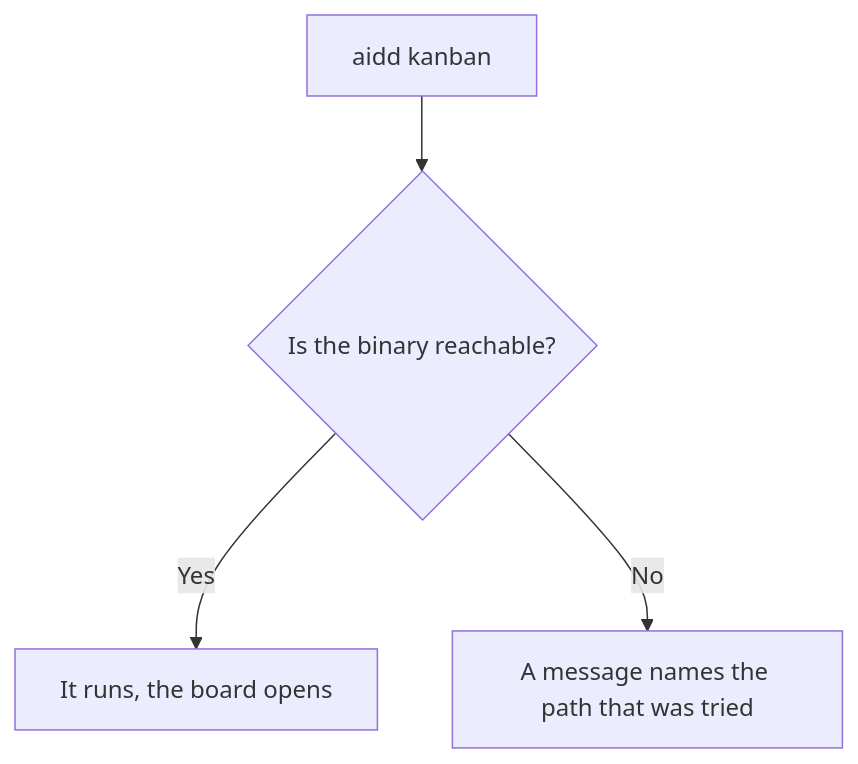
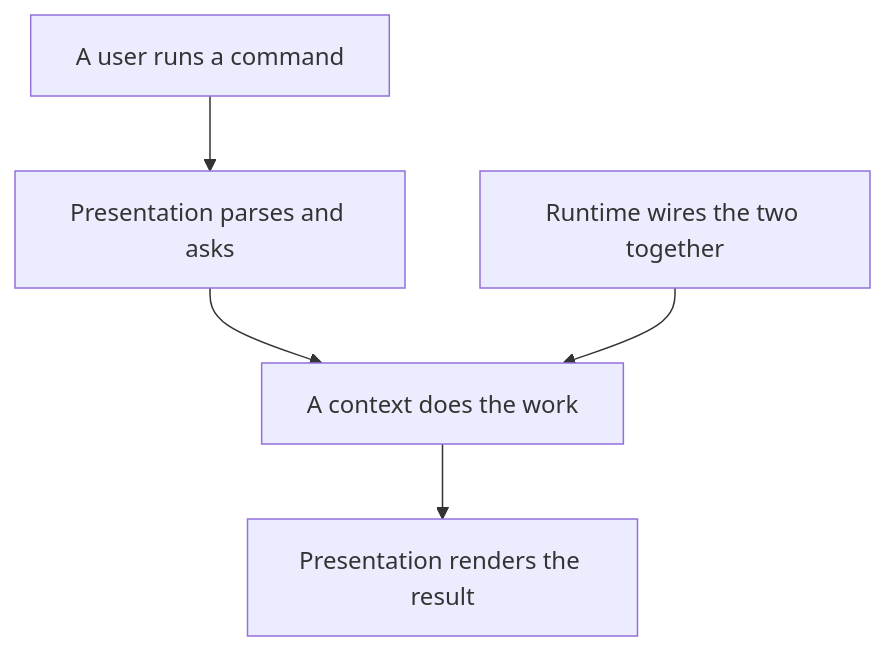
Before and after one commit to ai-driven-dev/aidd-framework: the first of 2 diagrams in cli/aidd_docs/tasks/2026_08/2026_08_20_refactor-contextes-cli/phase-15.md, drawn with Mermaid. The commit also changed other lines of this file and 17 other files, not shown here.

````diff
--- a/cli/aidd_docs/tasks/2026_08/2026_08_20_refactor-contextes-cli/phase-15.md
+++ b/cli/aidd_docs/tasks/2026_08/2026_08_20_refactor-contextes-cli/phase-15.md
@@ -31,6 +37,7 @@
 ```mermaid
 flowchart TD
-  A[aidd kanban] --> B{Is the binary reachable?}
-  B -->|Yes| C[It runs, the board opens]
-  B -->|No| D[A message names the path that was tried]
+  A[A user runs a command] --> B[Presentation parses and asks]
+  B --> C[A context does the work]
+  C --> D[Presentation renders the result]
+  E[Runtime wires the two together] --> C
 ```
````
